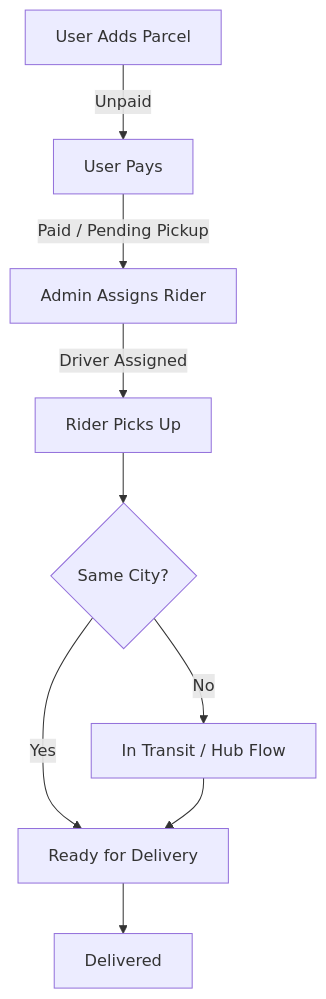
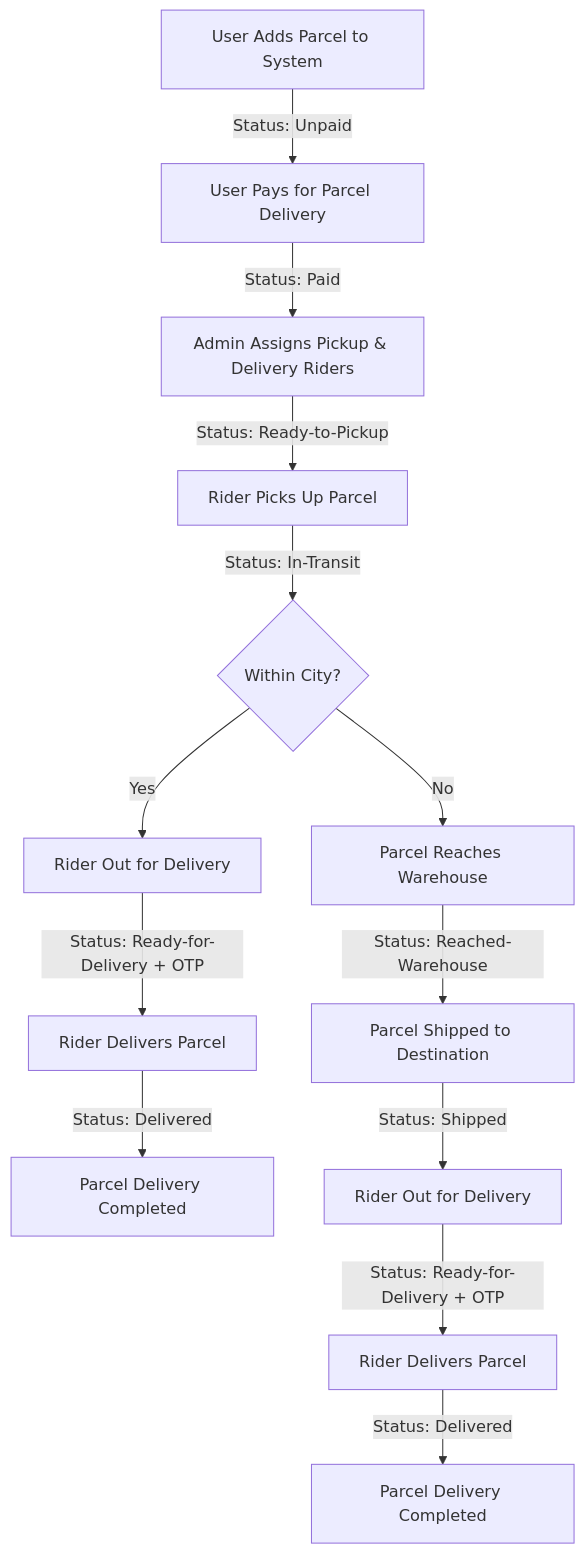
The first of 2 diagrams in README.md (kaziashik/zap-shift), drawn with Mermaid before and after one commit. The commit also changed other lines of this file and 222 other files, not shown here.

````diff
--- a/README.md
+++ b/README.md
@@ -179,11 +39,15 @@
 ```mermaid
 flowchart TD
-    A[User Adds Parcel] -->|Unpaid| B[User Pays]
-    B -->|Paid / Pending Pickup| C[Admin Assigns Rider]
-    C -->|Driver Assigned| D[Rider Picks Up]
-    D --> E{Same City?}
-    E -->|Yes| F[Ready for Delivery]
-    E -->|No| G[In Transit / Hub Flow]
-    G --> F
-    F --> H[Delivered]
+    A[User Adds Parcel to System] -->|Status: Unpaid| B[User Pays for Parcel Delivery]
+    B -->|Status: Paid| C[Admin Assigns Pickup & Delivery Riders]
+    C -->|Status: Ready-to-Pickup| D[Rider Picks Up Parcel]
+    D -->|Status: In-Transit| E{Within City?}
+    E -- Yes --> F1[Rider Out for Delivery]
+    F1 -->|Status: Ready-for-Delivery + OTP| G1[Rider Delivers Parcel]
+    G1 -->|Status: Delivered| H1[Parcel Delivery Completed]
+    E -- No --> F2[Parcel Reaches Warehouse]
+    F2 -->|Status: Reached-Warehouse| G2[Parcel Shipped to Destination]
+    G2 -->|Status: Shipped| H2[Rider Out for Delivery]
+    H2 -->|Status: Ready-for-Delivery + OTP| I2[Rider Delivers Parcel]
+    I2 -->|Status: Delivered| J2[Parcel Delivery Completed]
 ```
````
